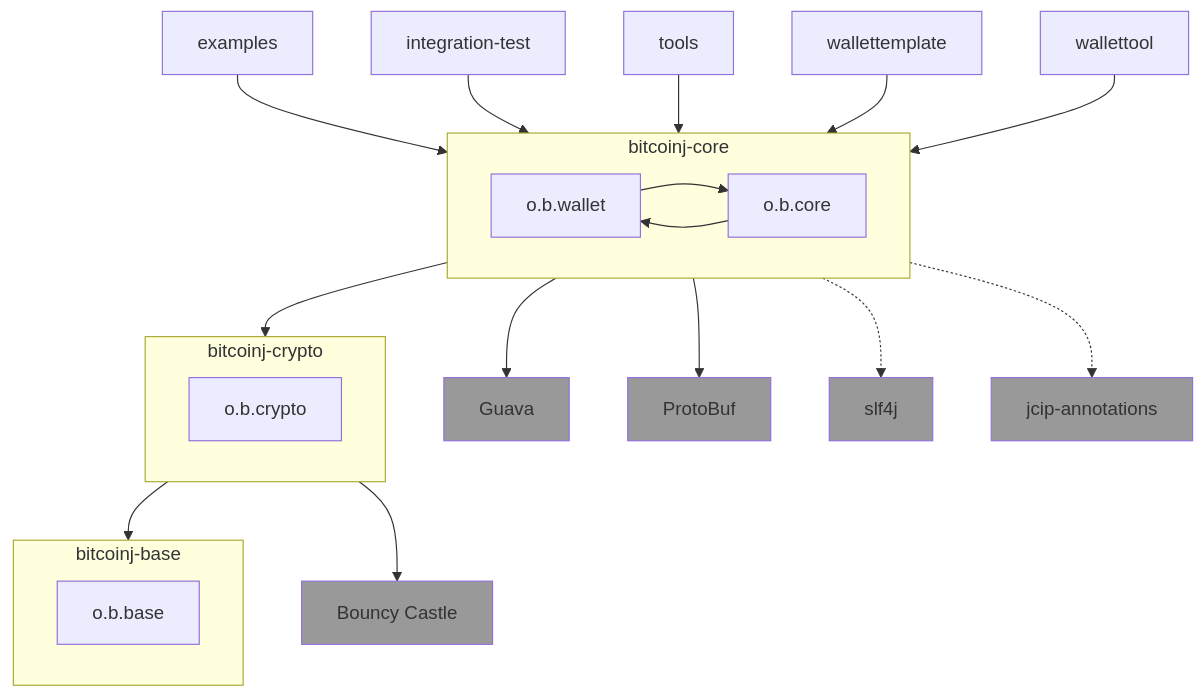
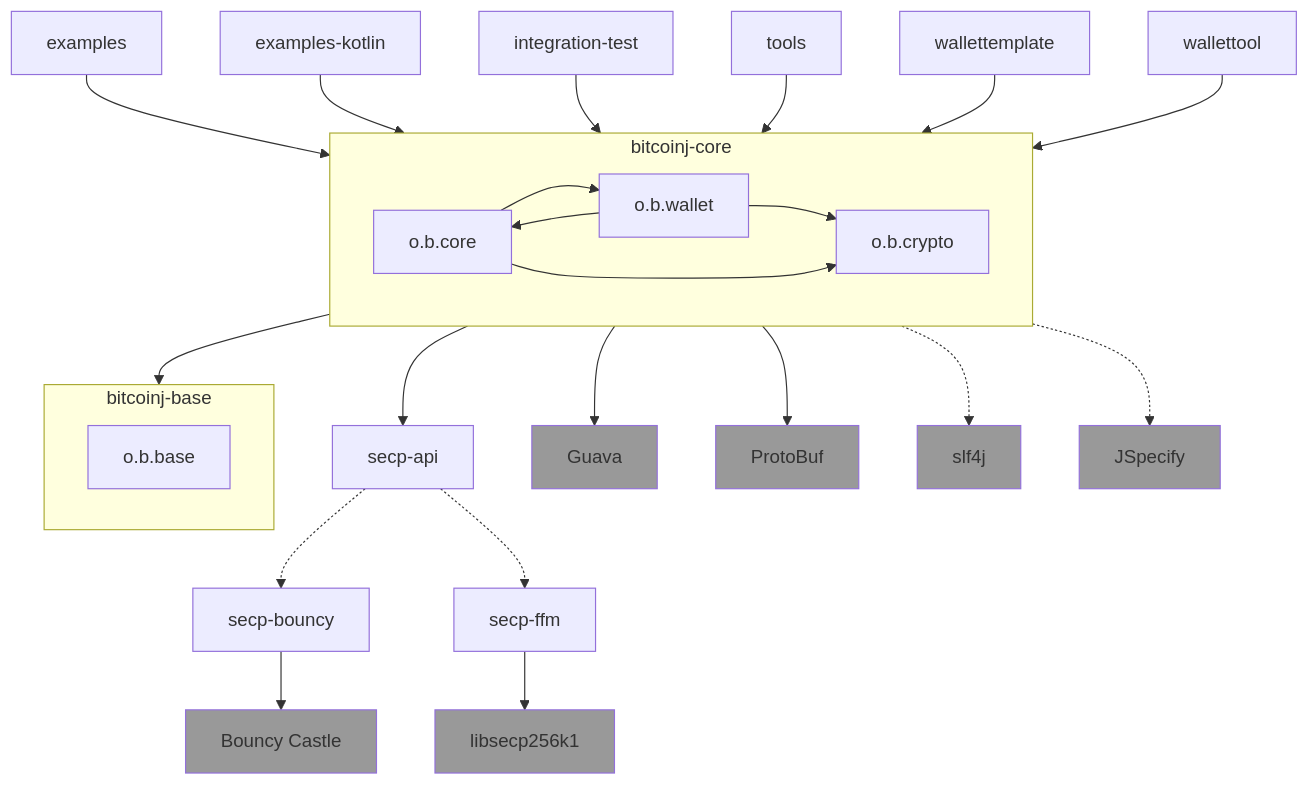
The third of 4 diagrams in designdocs/modular-architecture.md (bitcoinj/bitcoinj), drawn with Mermaid before and after one commit. The commit also changed other lines of this file, not shown here.

First line of the commit message:
modular-architecture.md: Update for planned 0.18 release

`````diff
--- a/designdocs/modular-architecture.md
+++ b/designdocs/modular-architecture.md
@@ -66,28 +66,31 @@
 ````mermaid
 flowchart TD
-    E[examples] --> CORE
+    EJ[examples] --> CORE
+    EK[examples-kotlin] --> CORE
     IT[integration-test] --> CORE
     T[tools] --> CORE
     FX[wallettemplate] --> CORE
     WT[wallettool] --> CORE
     subgraph CORE [bitcoinj-core]
+        CO --> W
         W[o.b.wallet] --> CO[o.b.core]
-        CO --> W
+        W --> CR[o.b.crypto]
+        CO --> CR
     end
-    CORE --> CRYPTO
-    subgraph CRYPTO [bitcoinj-crypto]
-        CR[o.b.crypto]
-    end
-    CRYPTO --> BASE
-    CRYPTO --> BC[Bouncy Castle]
+    CORE --> BASE
     subgraph BASE [bitcoinj-base]
         B[o.b.base]
     end
+    CORE --> SECP[secp-api]
+    SECP .-> SECPBC[secp-bouncy]
+    SECP .-> SECPFFM[secp-ffm]
+    SECPBC --> BC[Bouncy Castle]
+    SECPFFM --> SECPC[libsecp256k1]
     CORE --> G[Guava]
     CORE --> P[ProtoBuf]
     CORE .-> S[slf4j]
-    CORE .-> A[jcip-annotations]
+    CORE .-> JS[JSpecify]
 
 classDef external fill:#999;
-class G,S,A,BC,P external;
+class G,S,JS,BC,SECPC,P external;
 ````
`````
